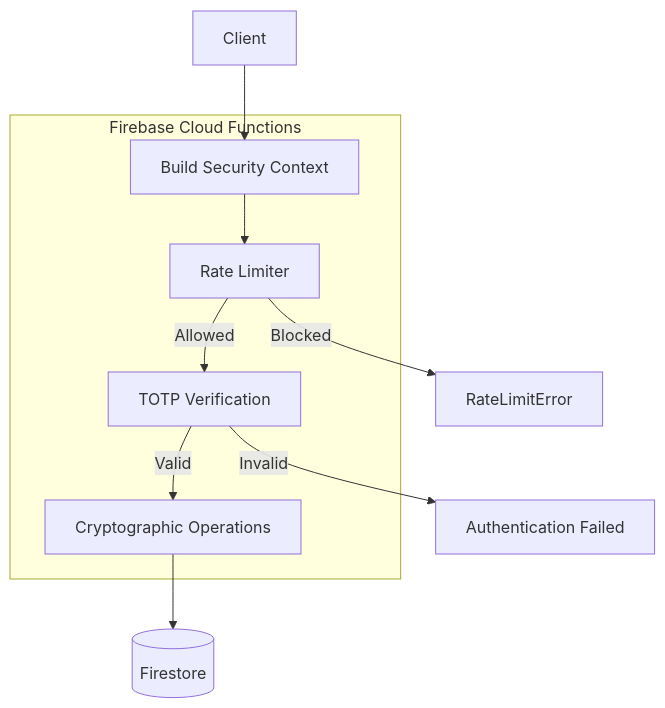
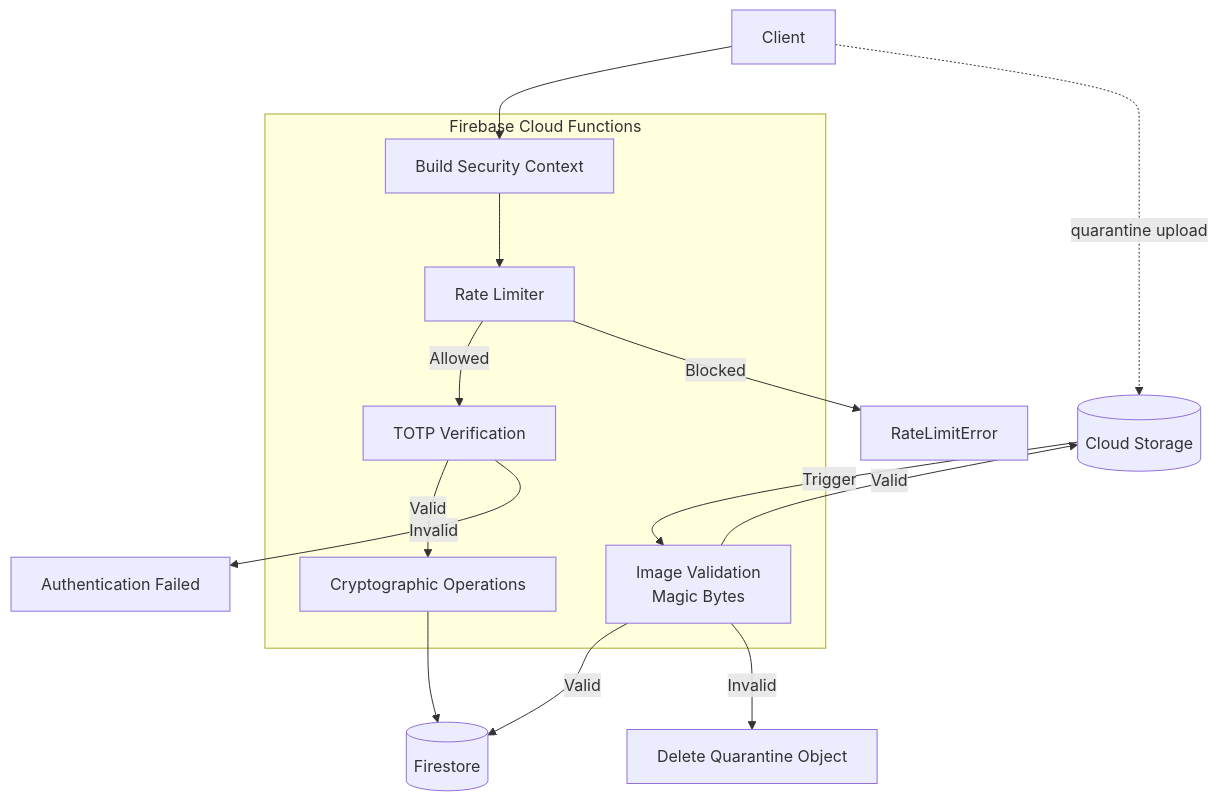
The first of 2 diagrams in docs/security/README.md (John-CFO/ChronoCraft), drawn with Mermaid before and after one commit. The commit also changed other lines of this file and 4 other files, not shown here.

Commit message:
docs (security): document image quarantine pipeline

````diff
--- a/docs/security/README.md
+++ b/docs/security/README.md
@@ -25,31 +26,39 @@
 ```mermaid
 flowchart TD
 
     Client[Client]
 
     subgraph Backend["Firebase Cloud Functions"]
 
         Context[Build Security Context]
 
         RL[Rate Limiter]
 
         Auth[TOTP Verification]
 
         Crypto[Cryptographic Operations]
 
+        ImgVal[Image Validation<br/>Magic Bytes]
+
     end
 
     DB[(Firestore)]
+    Storage[(Cloud Storage)]
 
     Client --> Context
 
     Context --> RL
-
     RL -->|Allowed| Auth
     RL -->|Blocked| Denied[RateLimitError]
 
     Auth -->|Valid| Crypto
     Auth -->|Invalid| Reject[Authentication Failed]
 
     Crypto --> DB
+
+    Client -.quarantine upload.-> Storage
+    Storage -->|Trigger| ImgVal
+    ImgVal -->|Valid| Storage
+    ImgVal -->|Valid| DB
+    ImgVal -->|Invalid| Drop[Delete Quarantine Object]
 ```
````
